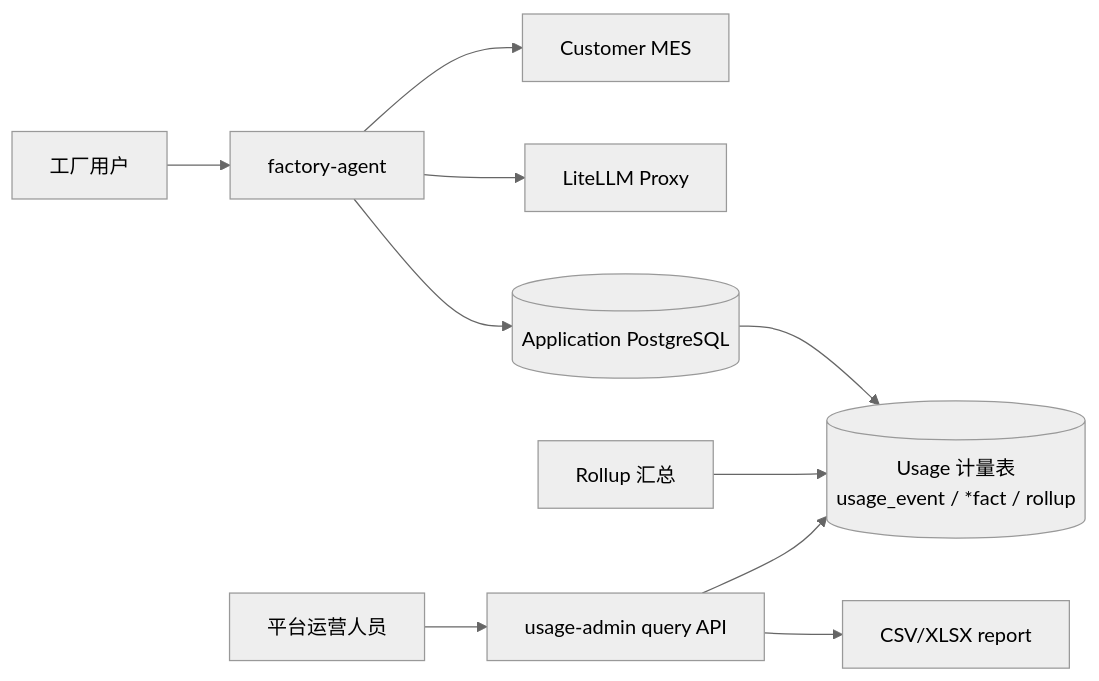
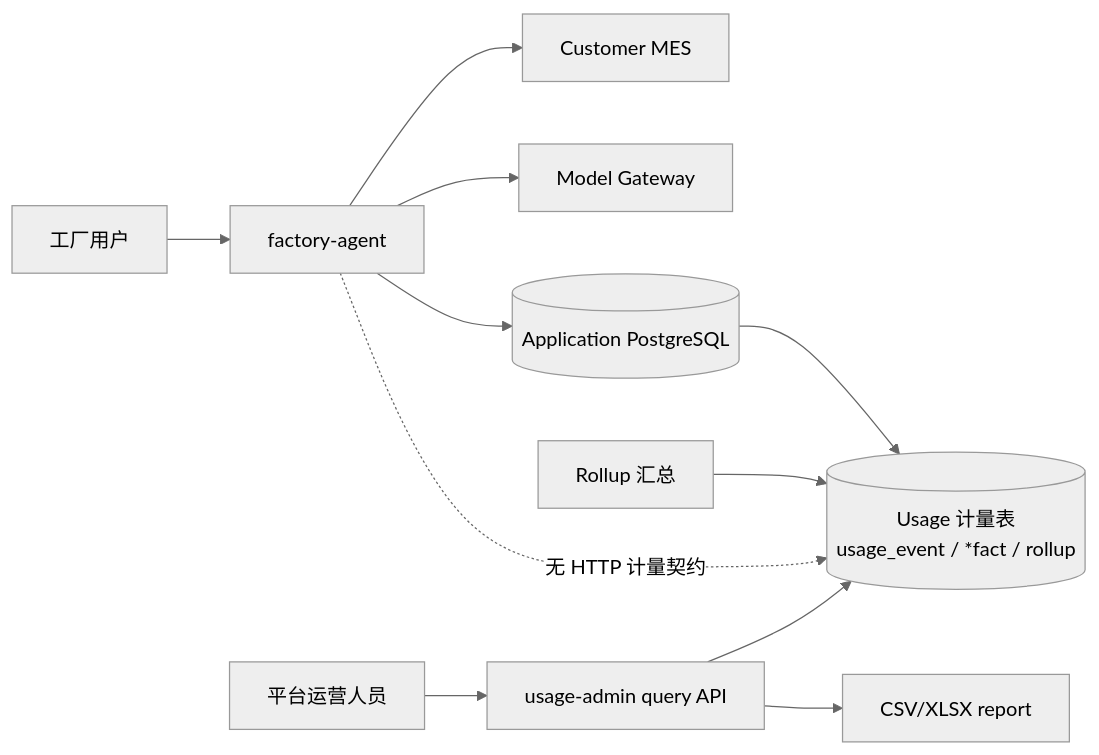
The diagram in docs/adr/0003-usage-metering-and-admin-service.md (zhu13818202655/factory-agent), drawn with Mermaid (neutral theme) before and after one commit. The commit also changed other lines of this file and 184 other files, not shown here.

````diff
--- a/docs/adr/0003-usage-metering-and-admin-service.md
+++ b/docs/adr/0003-usage-metering-and-admin-service.md
@@ -57,12 +56,13 @@
 ```mermaid
 flowchart LR
     User[工厂用户] --> Agent[factory-agent]
     Agent --> MES[Customer MES]
-    Agent --> LLM[LiteLLM Proxy]
+    Agent --> LLM[Model Gateway]
     Agent --> AppDB[(Application PostgreSQL)]
     AppDB --> UsageDB[(Usage 计量表<br/>usage_event / *fact / rollup)]
     Rollup[Rollup 汇总] --> UsageDB
+    Agent -. 无 HTTP 计量契约 .-> UsageDB
     Admin[平台运营人员] --> AdminAPI[usage-admin query API]
     AdminAPI --> UsageDB
     AdminAPI --> Export[CSV/XLSX report]
 ```
````
